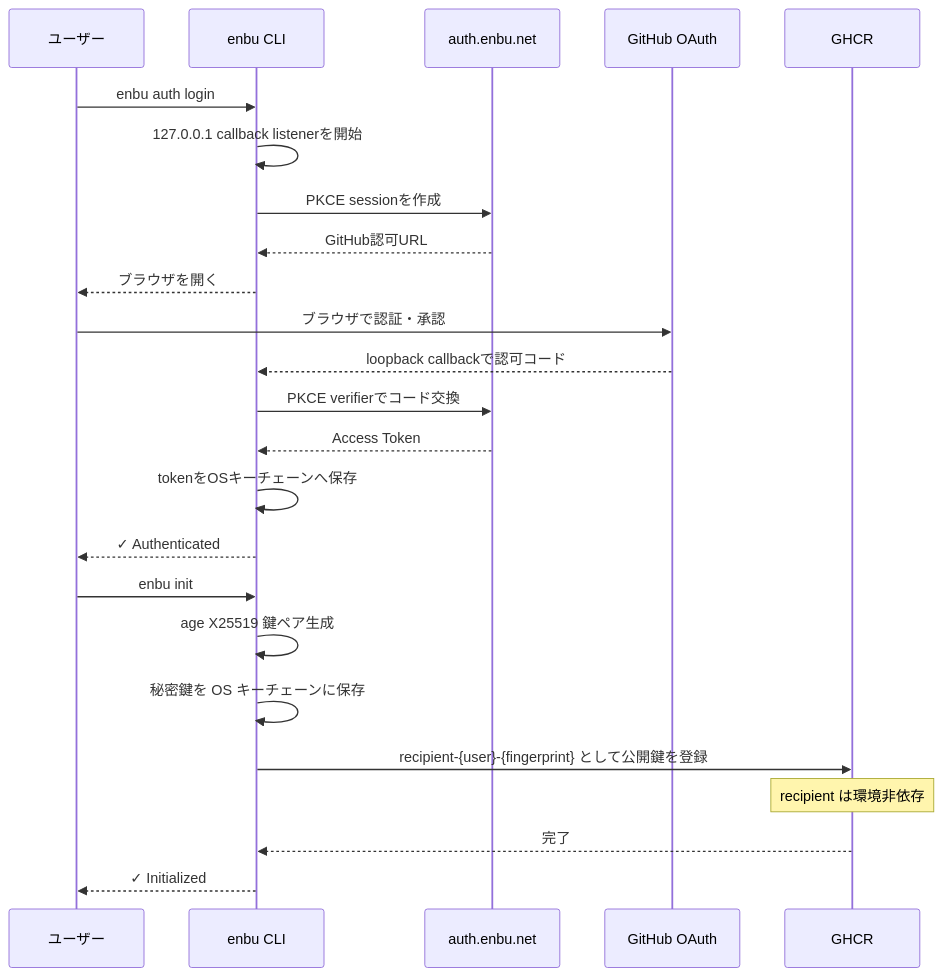
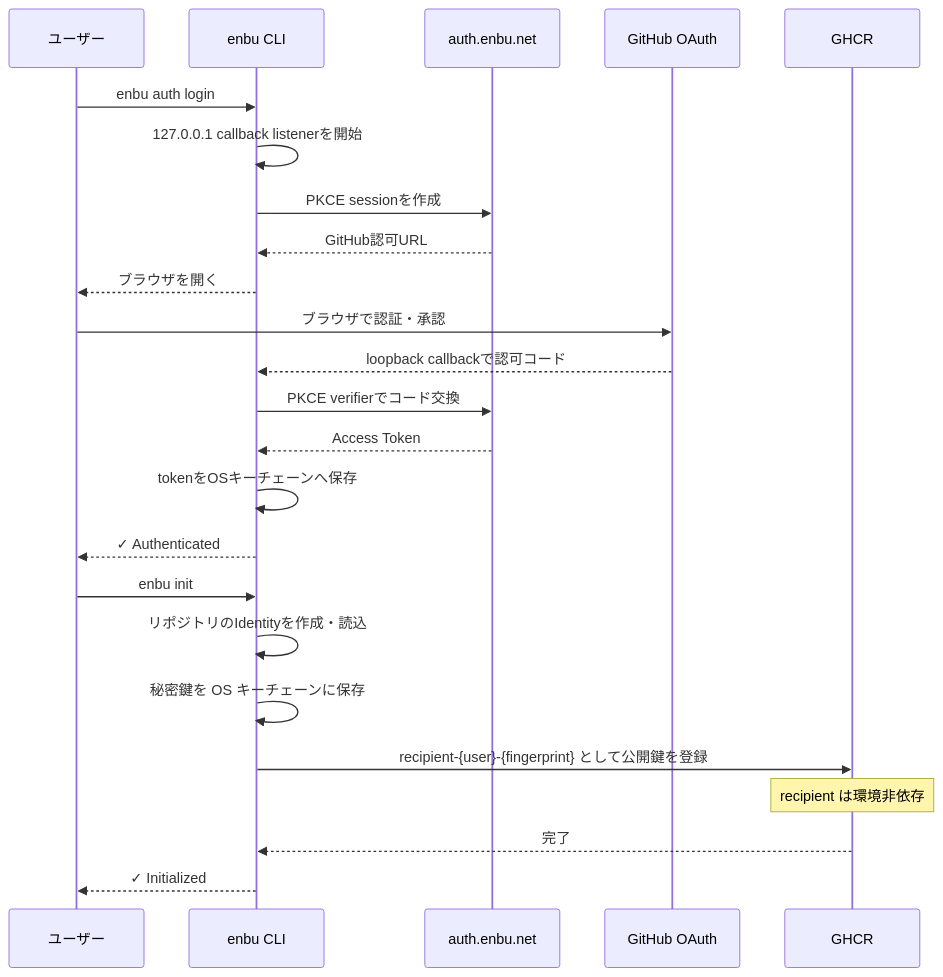
Before and after one commit to enbu-net/enbu: the first of 3 diagrams in README.ja.md, drawn with Mermaid. The commit also changed other lines of this file and 1 other file, not shown here.

````diff
--- a/README.ja.md
+++ b/README.ja.md
@@ -178,28 +199,28 @@
 ```mermaid
 sequenceDiagram
     participant User as ユーザー
     participant CLI as enbu CLI
     participant Auth as auth.enbu.net
     participant GitHub as GitHub OAuth
     participant GHCR as GHCR
 
     User->>CLI: enbu auth login
     CLI->>CLI: 127.0.0.1 callback listenerを開始
     CLI->>Auth: PKCE sessionを作成
     Auth-->>CLI: GitHub認可URL
     CLI-->>User: ブラウザを開く
     User->>GitHub: ブラウザで認証・承認
     GitHub-->>CLI: loopback callbackで認可コード
     CLI->>Auth: PKCE verifierでコード交換
     Auth-->>CLI: Access Token
     CLI->>CLI: tokenをOSキーチェーンへ保存
     CLI-->>User: ✓ Authenticated
 
     User->>CLI: enbu init
-    CLI->>CLI: age X25519 鍵ペア生成
+    CLI->>CLI: リポジトリのIdentityを作成・読込
     CLI->>CLI: 秘密鍵を OS キーチェーンに保存
     CLI->>GHCR: recipient-{user}-{fingerprint} として公開鍵を登録
     Note over GHCR: recipient は環境非依存
     GHCR-->>CLI: 完了
     CLI-->>User: ✓ Initialized
 ```
````
